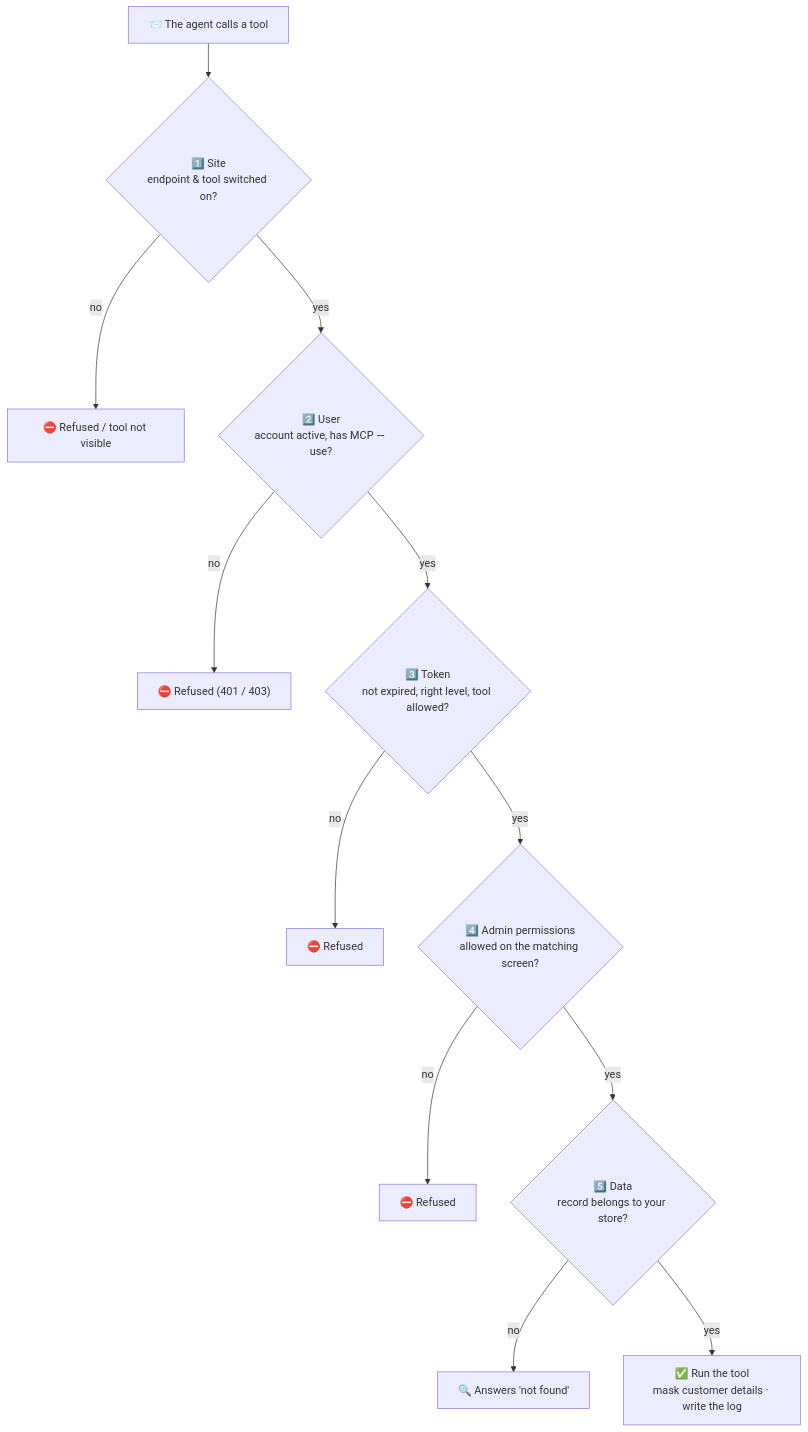
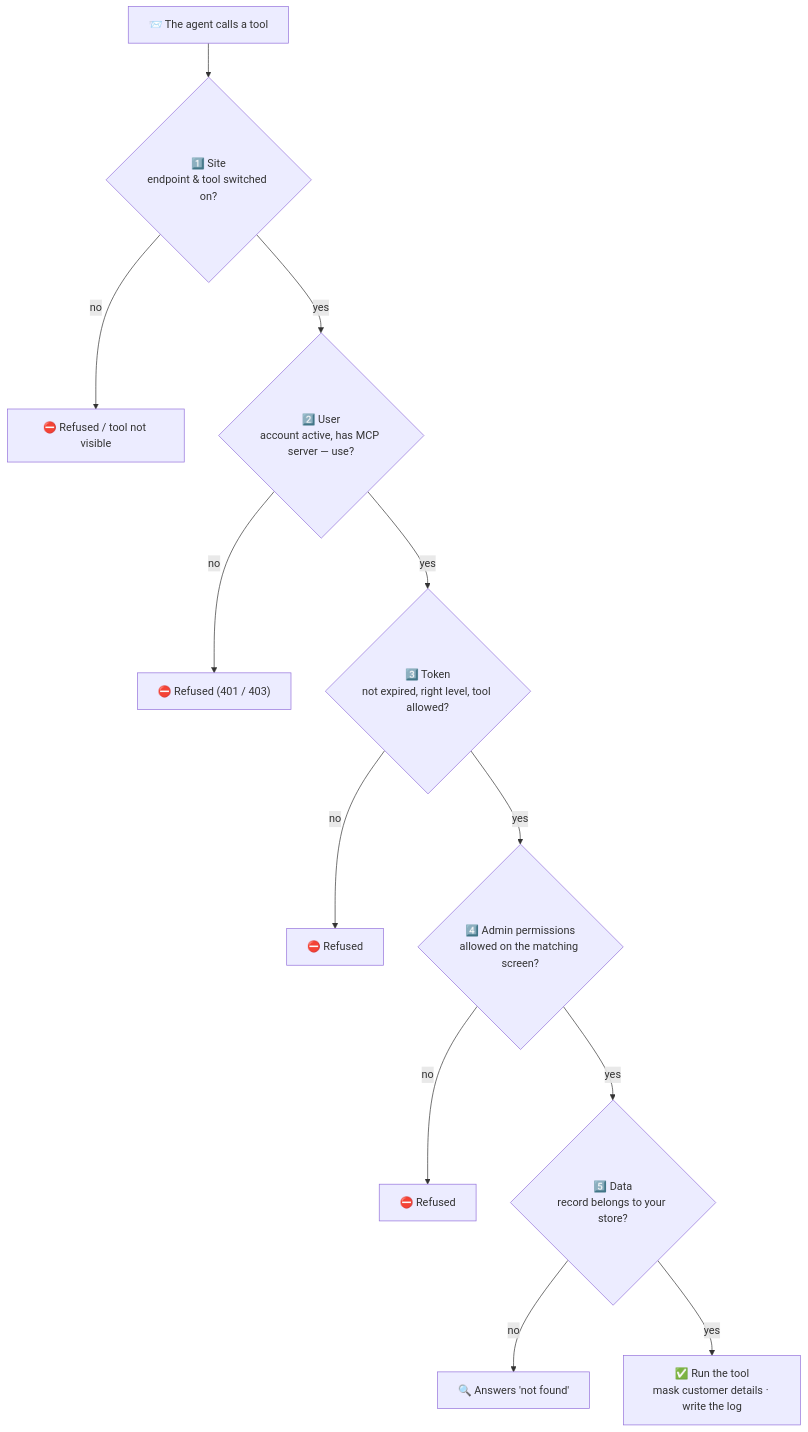
Before and after one commit to gp247net/mcp: the third of 4 diagrams in README.md, drawn with Mermaid. The commit also changed other lines of this file and 9 other files, not shown here.

First line of the commit message:
gp247/mcp 2.0.1: safe cleanup hint for a re-installed McpServer plugin; README labels

````diff
--- a/README.md
+++ b/README.md
@@ -219,14 +219,14 @@
 ```mermaid
 flowchart TD
     R["📨 The agent calls a tool"] --> L1{"1️⃣ Site<br/>endpoint & tool switched on?"}
     L1 -- "no" --> X1["⛔ Refused / tool not visible"]
-    L1 -- "yes" --> L2{"2️⃣ User<br/>account active, has MCP — use?"}
+    L1 -- "yes" --> L2{"2️⃣ User<br/>account active, has MCP server — use?"}
     L2 -- "no" --> X2["⛔ Refused (401 / 403)"]
     L2 -- "yes" --> L3{"3️⃣ Token<br/>not expired, right level, tool allowed?"}
     L3 -- "no" --> X3["⛔ Refused"]
     L3 -- "yes" --> L4{"4️⃣ Admin permissions<br/>allowed on the matching screen?"}
     L4 -- "no" --> X4["⛔ Refused"]
     L4 -- "yes" --> L5{"5️⃣ Data<br/>record belongs to your store?"}
     L5 -- "no" --> X5["🔍 Answers 'not found'"]
     L5 -- "yes" --> OK["✅ Run the tool<br/>mask customer details · write the log"]
 ```
````
